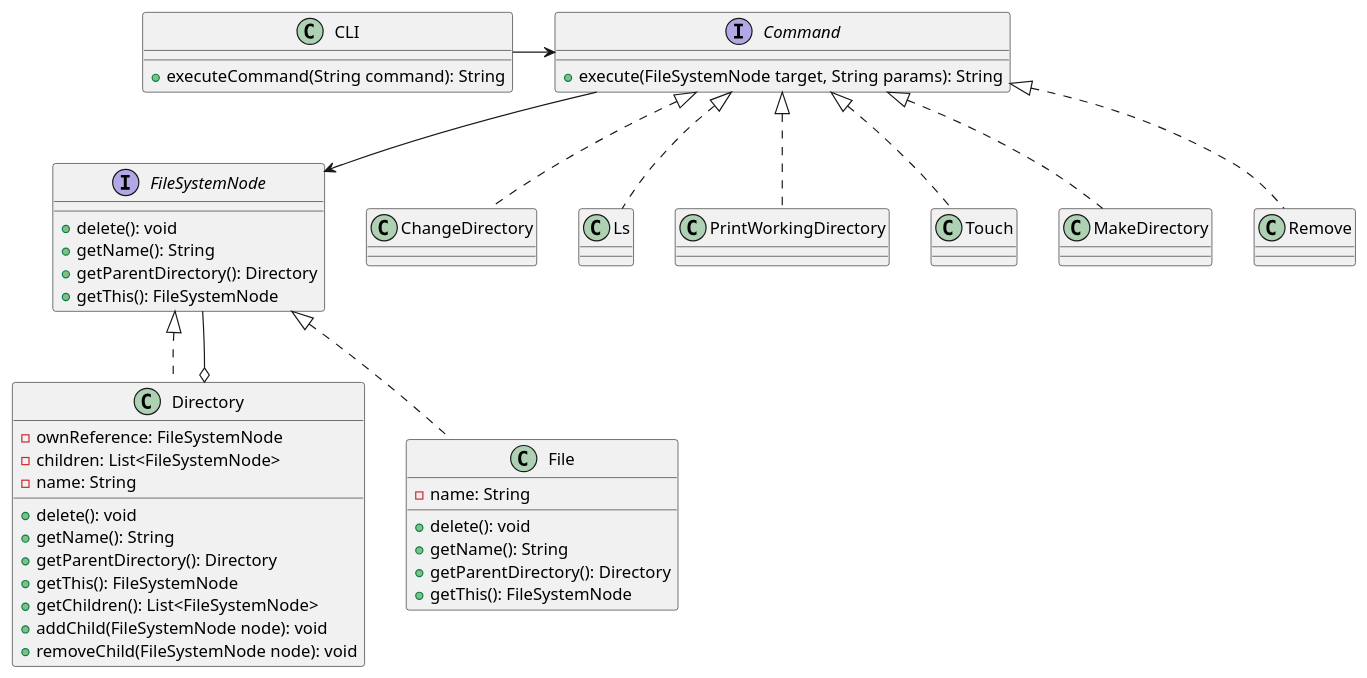
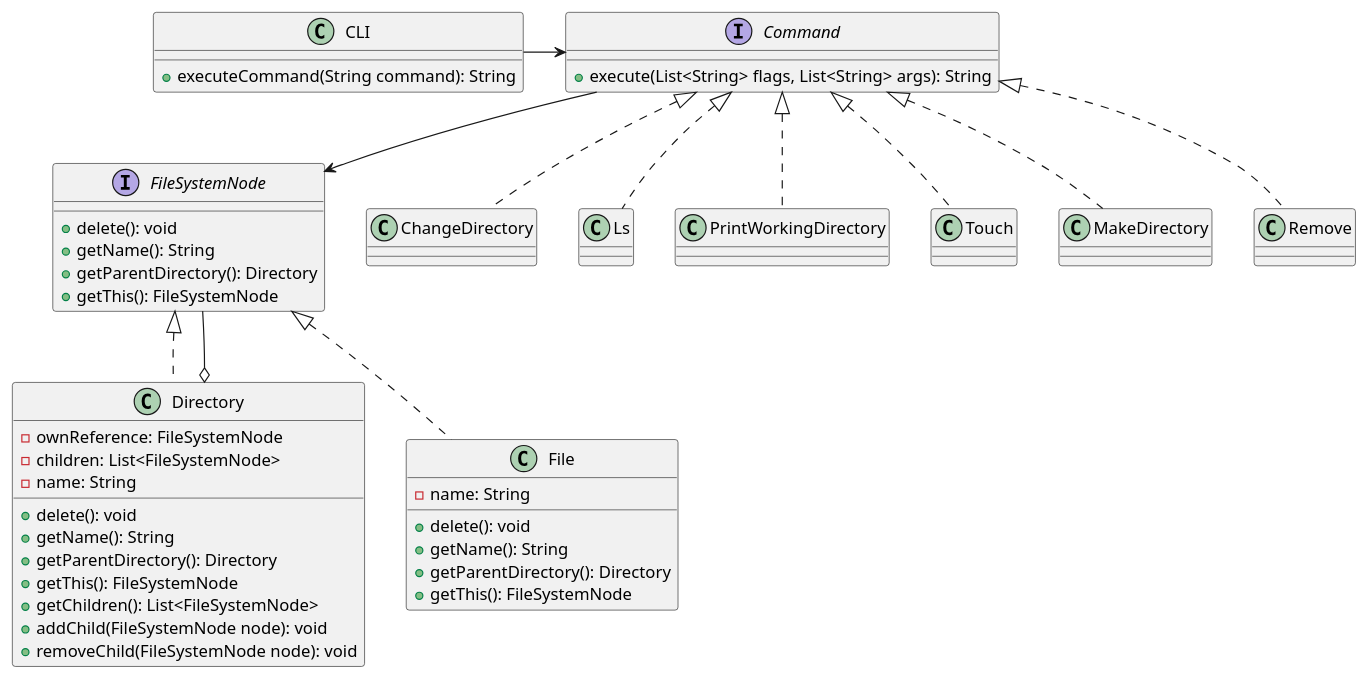
Before and after one commit to austral-ingsis-classroom/clifford-FranCalveyra: the diagram in diagrams/fileSystem.puml, drawn with PlantUML. The commit also changed 10 other files, not shown here.

```diff
--- a/diagrams/fileSystem.puml
+++ b/diagrams/fileSystem.puml
@@ -1,53 +1,53 @@
 @startuml
 
 interface FileSystemNode {
 +delete(): void
 +getName(): String
 +getParentDirectory(): Directory
 +getThis(): FileSystemNode
 }
 
 class Directory implements FileSystemNode{
 -ownReference: FileSystemNode
 -children: List<FileSystemNode>
 -name: String
 +delete(): void
 +getName(): String
 +getParentDirectory(): Directory
 +getThis(): FileSystemNode
 +getChildren(): List<FileSystemNode>
 +addChild(FileSystemNode node): void
 +removeChild(FileSystemNode node): void
 }
 
 class File implements FileSystemNode{
 -name: String
 +delete(): void
 +getName(): String
 +getParentDirectory(): Directory
 +getThis(): FileSystemNode
 }
 
 interface Command{
-+execute(FileSystemNode target, String params): String
++execute(List<String> flags, List<String> args): String
 }
 
 class CLI{
 +executeCommand(String command): String
 }
 
 class ChangeDirectory implements Command{}
 class Ls implements Command{}
 class PrintWorkingDirectory implements Command{}
 class Touch implements Command{}
 class MakeDirectory implements Command{}
 class Remove implements Command{}
 
 'Extras
 CLI -> Command
 Command --> FileSystemNode
 Directory o-- FileSystemNode
 
 
 
 @enduml
```
